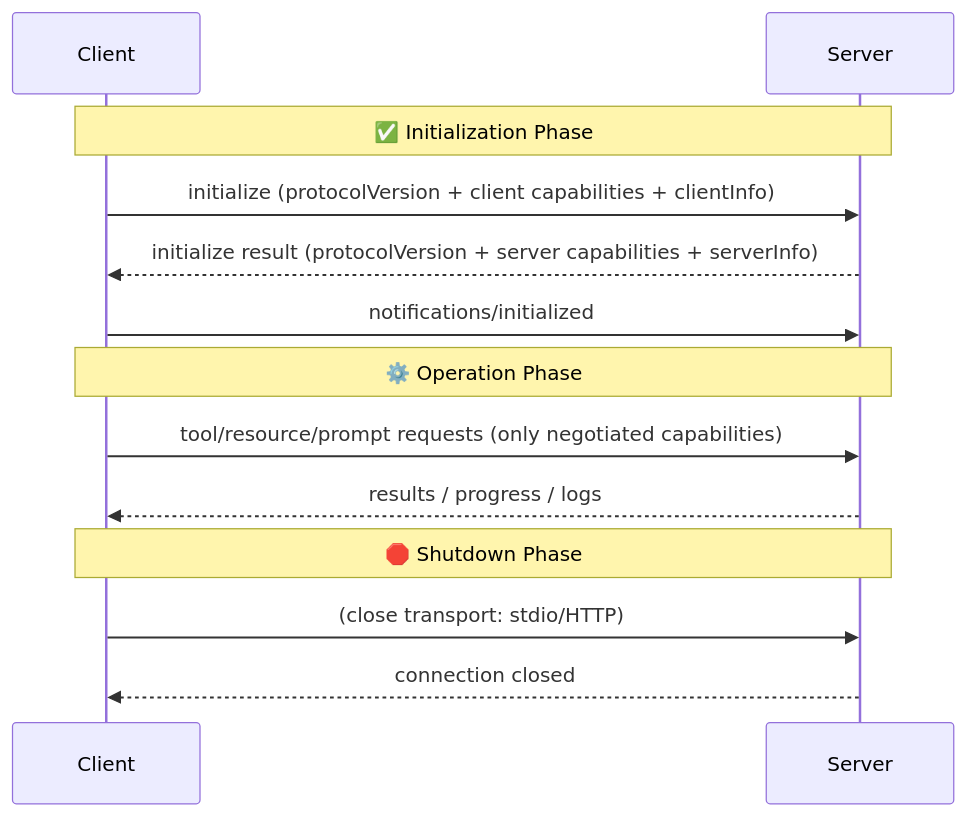
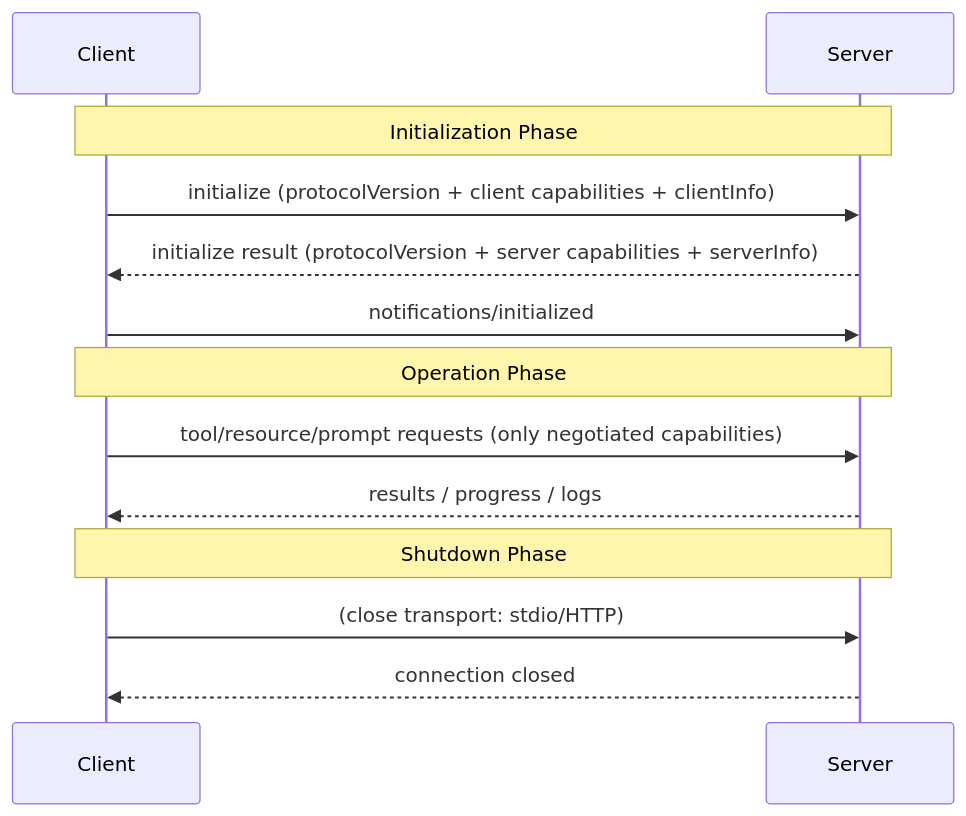
Before and after one commit to 05satyam/AI-ML: the third of 6 diagrams in demo_applications/mcp_handson/policy_gated_mcp_agent/README.md, drawn with Mermaid. The commit also changed other lines of this file and 6 other files, not shown here.

````diff
--- a/demo_applications/mcp_handson/policy_gated_mcp_agent/README.md
+++ b/demo_applications/mcp_handson/policy_gated_mcp_agent/README.md
@@ -101,18 +101,18 @@
 ```mermaid
 sequenceDiagram
   participant Client
   participant Server
 
-  Note over Client,Server: ✅ Initialization Phase
+  Note over Client,Server: Initialization Phase
   Client->>Server: initialize (protocolVersion + client capabilities + clientInfo)
   Server-->>Client: initialize result (protocolVersion + server capabilities + serverInfo)
   Client->>Server: notifications/initialized
 
-  Note over Client,Server: ⚙️ Operation Phase
+  Note over Client,Server: Operation Phase
   Client->>Server: tool/resource/prompt requests (only negotiated capabilities)
   Server-->>Client: results / progress / logs
 
-  Note over Client,Server: 🛑 Shutdown Phase
+  Note over Client,Server: Shutdown Phase
   Client->>Server: (close transport: stdio/HTTP)
   Server-->>Client: connection closed
 ```
````
